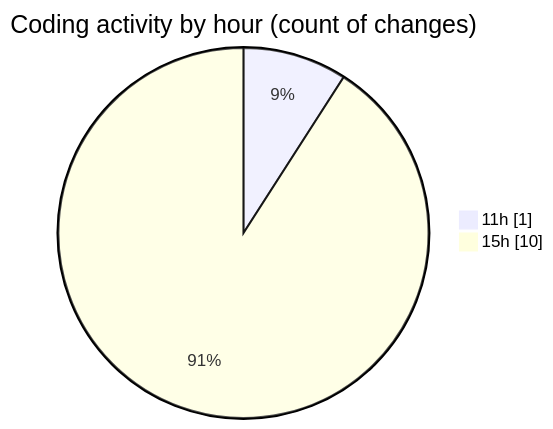
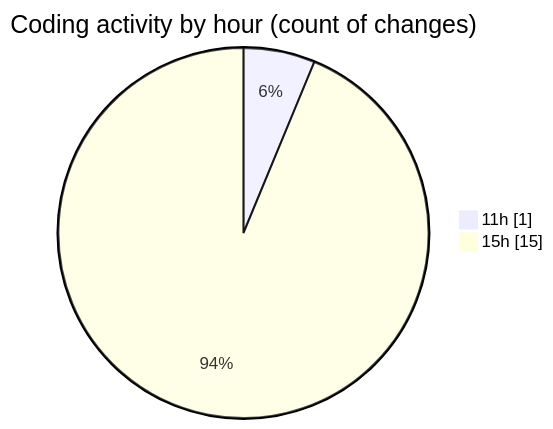
The second of 2 diagrams in 2026-01-28/nxtqube_webapp/README.md (nxtqubesakshisongat/code-tracking), drawn with Mermaid before and after one commit. The commit also changed other lines of this file and 1 other file, not shown here.

````diff
--- a/2026-01-28/nxtqube_webapp/README.md
+++ b/2026-01-28/nxtqube_webapp/README.md
@@ -39,6 +44,6 @@
 ```mermaid
 pie showData
 title Coding activity by hour (count of changes)
 "11h" : 1
-"15h" : 10
+"15h" : 15
 ```
````
